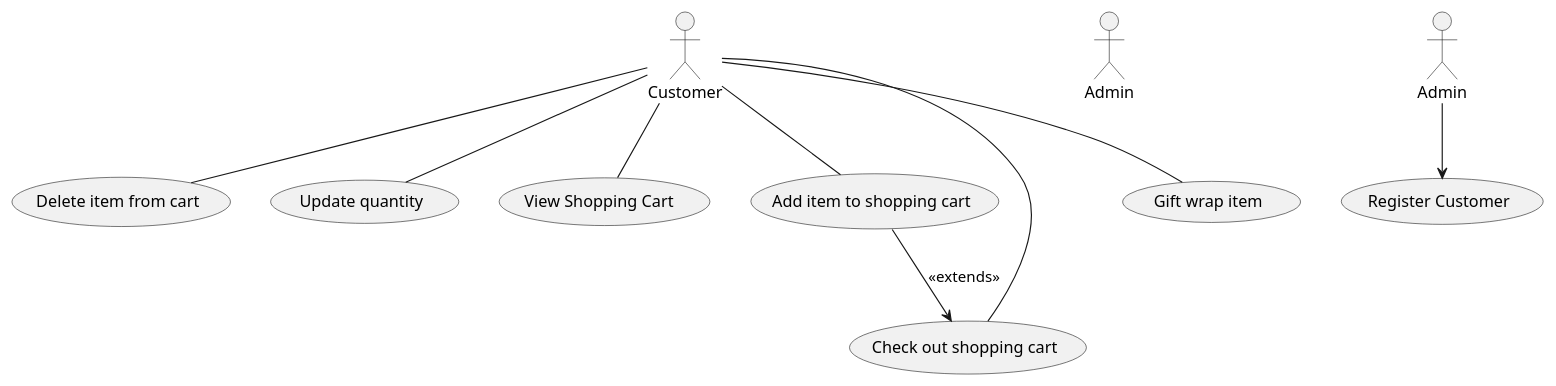
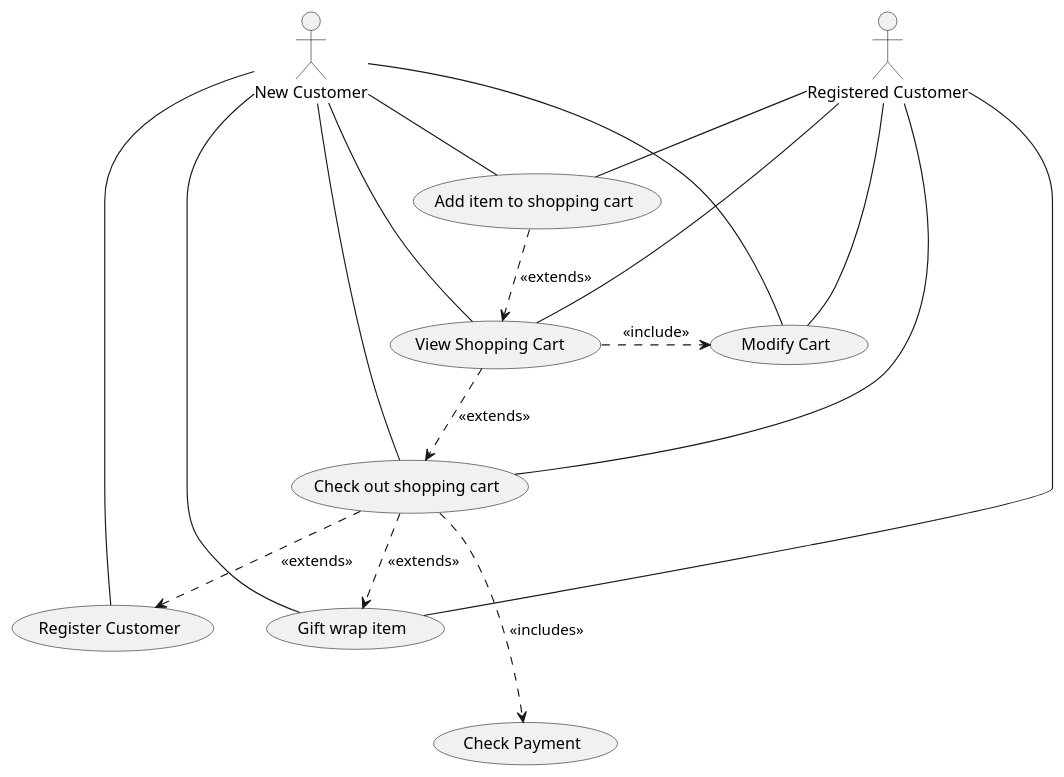
Before and after one commit to dyrel78/INFO_201: the diagram in milestone2/UseCase.puml, drawn with PlantUML. The commit also changed 8 other files, not shown here.

```diff
--- a/milestone2/UseCase.puml
+++ b/milestone2/UseCase.puml
@@ -4,33 +4,50 @@
 @startuml useCase
 
 
 
-actor :Customer:  as  user
-actor :Admin:  as  admin
+actor :Registered Customer:  as  regCust
+actor :New Customer:  as  newCust
 
-usecase (Delete item from cart) as Delete
-usecase (Update quantity) as Update
+usecase (Modify Cart) as Modify
 usecase (View Shopping Cart ) as View
 usecase (Add item to shopping cart) as AddItem
 usecase (Check out shopping cart) as Checkout
+usecase (Check Payment) as Payment
 usecase (Gift wrap item) as Gift
 usecase (Register Customer) as Register
 
 
-user -- View
-user -- AddItem
-user -- Update
-user -- Delete
-user -- Checkout
-user -- Gift
+regCust -- AddItem
+regCust -- View
+regCust -- Modify
+regCust -- Gift
+regCust -- Checkout
 
-AddItem --> Checkout : <<extends>>
-Admin --> Register
+
+
+newCust -- AddItem
+newCust -- View
+newCust -- Modify
+newCust -- Register
+newCust -- Gift
+newCust -- Checkout
+
+
+
+
+
+
+Checkout ..> Register : <<extends>>
+View .> Modify : <<include>>
+View ..> Checkout : <<extends>>
+Checkout ..> Gift : <<extends>>
+Checkout ...> Payment : <<includes>>
+AddItem ..> View : <<extends>>
 
 
 
 
 
 
 
 @endpuml 
```
